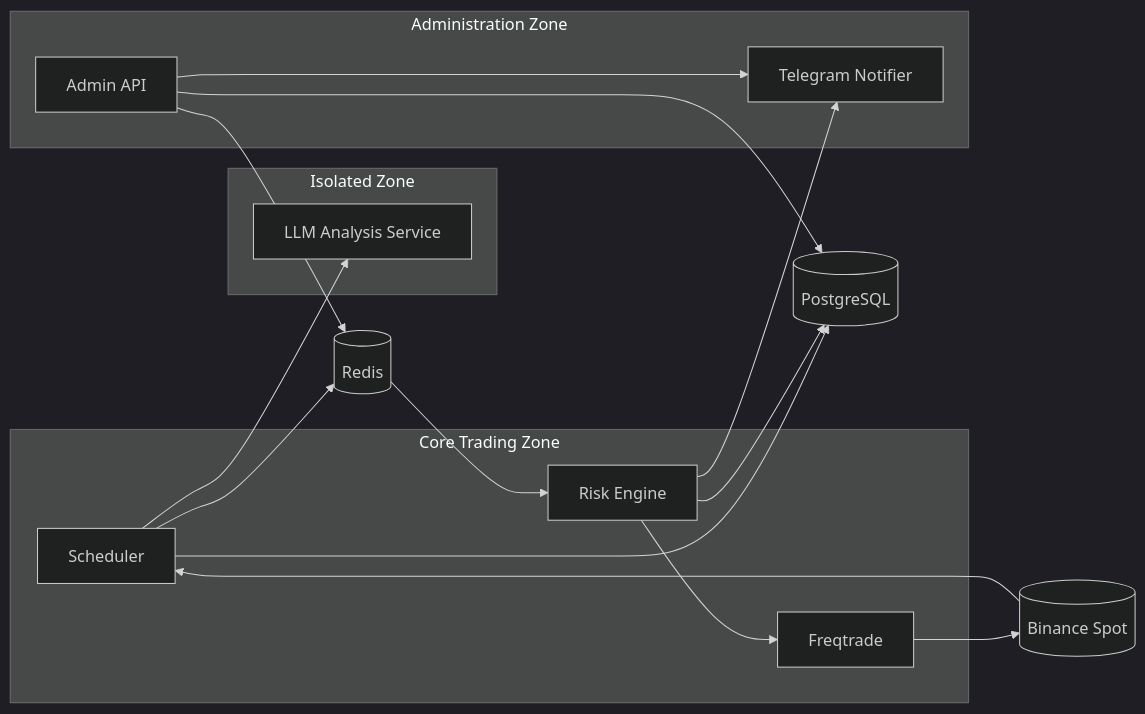
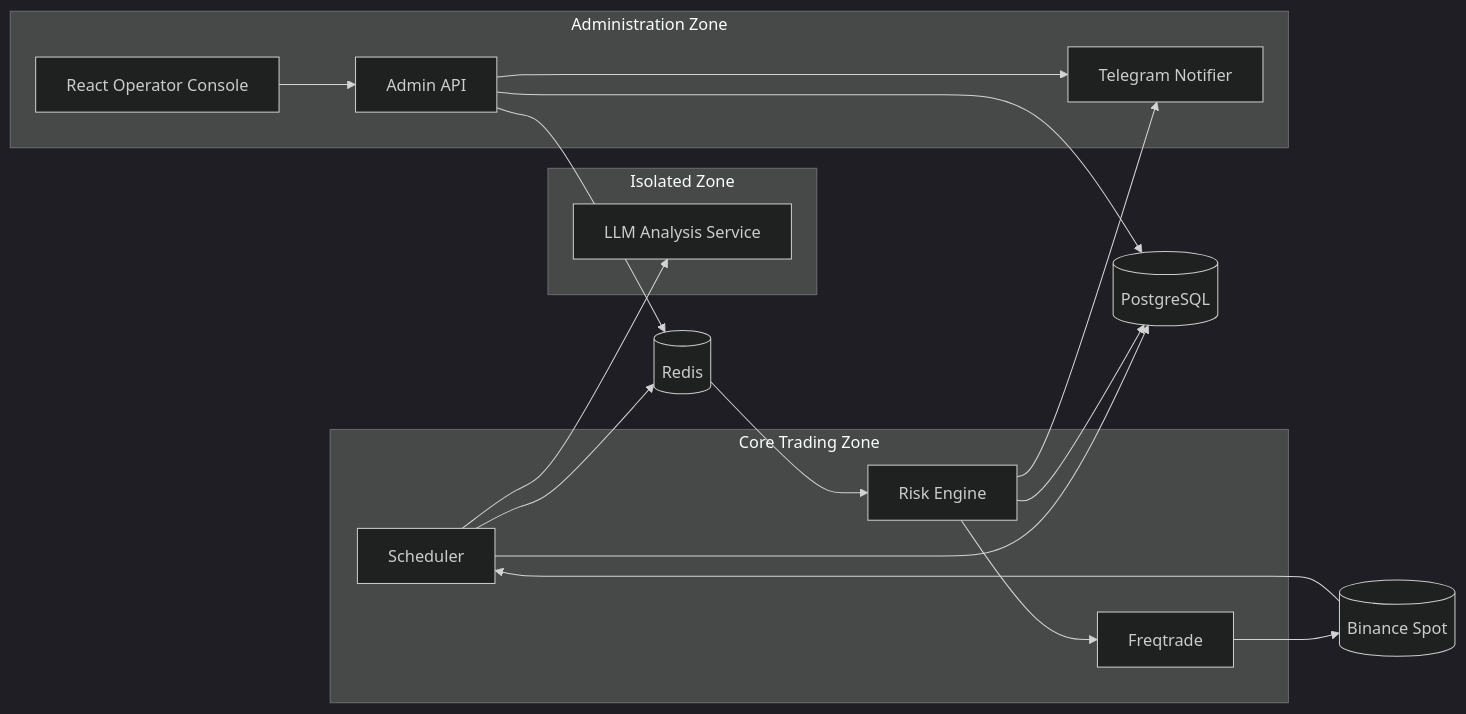
The diagram in README.md (quang-ng/TradeMind), drawn with Mermaid (dark theme) before and after one commit. The commit also changed other lines of this file and 30 other files, not shown here.

````diff
--- a/README.md
+++ b/README.md
@@ -26,34 +26,36 @@
 ```mermaid
 flowchart LR
     subgraph Isolated[Isolated Zone]
         LLM[LLM Analysis Service]
     end
 
     subgraph Core[Core Trading Zone]
         Scheduler[Scheduler]
         Risk[Risk Engine]
         Freqtrade[Freqtrade]
     end
 
     subgraph Admin[Administration Zone]
         API[Admin API]
+        Console[React Operator Console]
         Telegram[Telegram Notifier]
     end
 
     Binance[(Binance Spot)]
     Redis[(Redis)]
     Postgres[(PostgreSQL)]
 
     Binance --> Scheduler
     Scheduler --> LLM
     Scheduler --> Redis
     Redis --> Risk
     Risk --> Freqtrade
     Freqtrade --> Binance
     Scheduler --> Postgres
     Risk --> Postgres
     API --> Postgres
     API --> Redis
+    Console --> API
     Risk --> Telegram
     API --> Telegram
 ```
````
